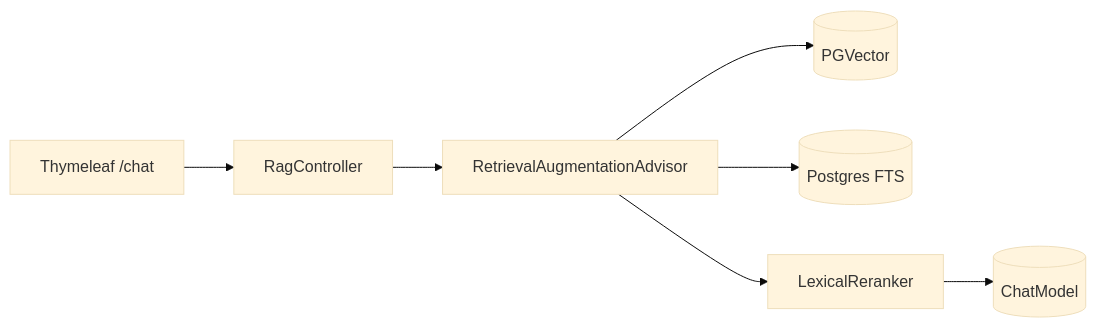
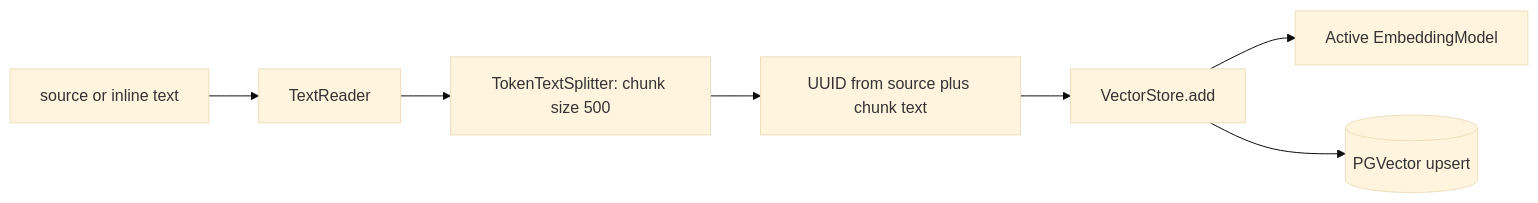
Before and after one commit to prasadgaikwad/spring-ai-apps: the first of 2 diagrams in ai-rag/README.md, drawn with Mermaid (base theme). The commit also changed other lines of this file and 23 other files, not shown here.

````diff
--- a/ai-rag/README.md
+++ b/ai-rag/README.md
@@ -34,9 +42,9 @@
 ```mermaid
 flowchart LR
-  UI[Thymeleaf /chat] --> C[RagController]
-  C --> RA[RetrievalAugmentationAdvisor]
-  RA --> VS[(PGVector)]
-  RA --> FTS[(Postgres FTS)]
-  RA --> RR[LexicalReranker]
-  RR --> LLM[(ChatModel)]
+    Request[source or inline text] --> Reader[TextReader]
+    Reader --> Split[TokenTextSplitter: chunk size 500]
+    Split --> IDs[UUID from source plus chunk text]
+    IDs --> Store[VectorStore.add]
+    Store --> Embed[Active EmbeddingModel]
+    Store --> PG[(PGVector upsert)]
 ```
````
